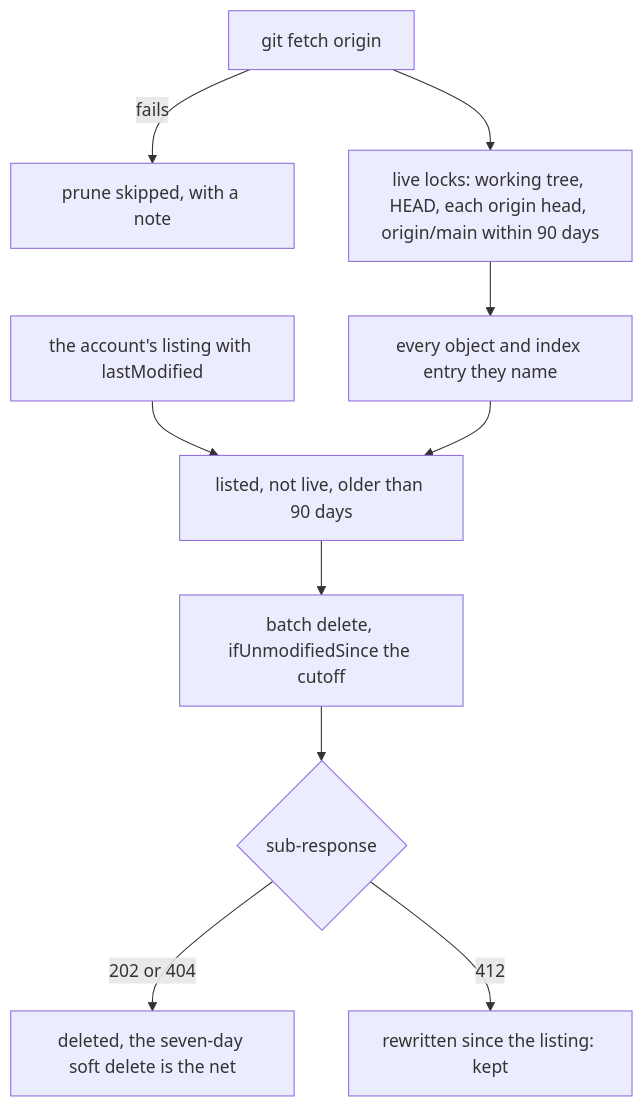
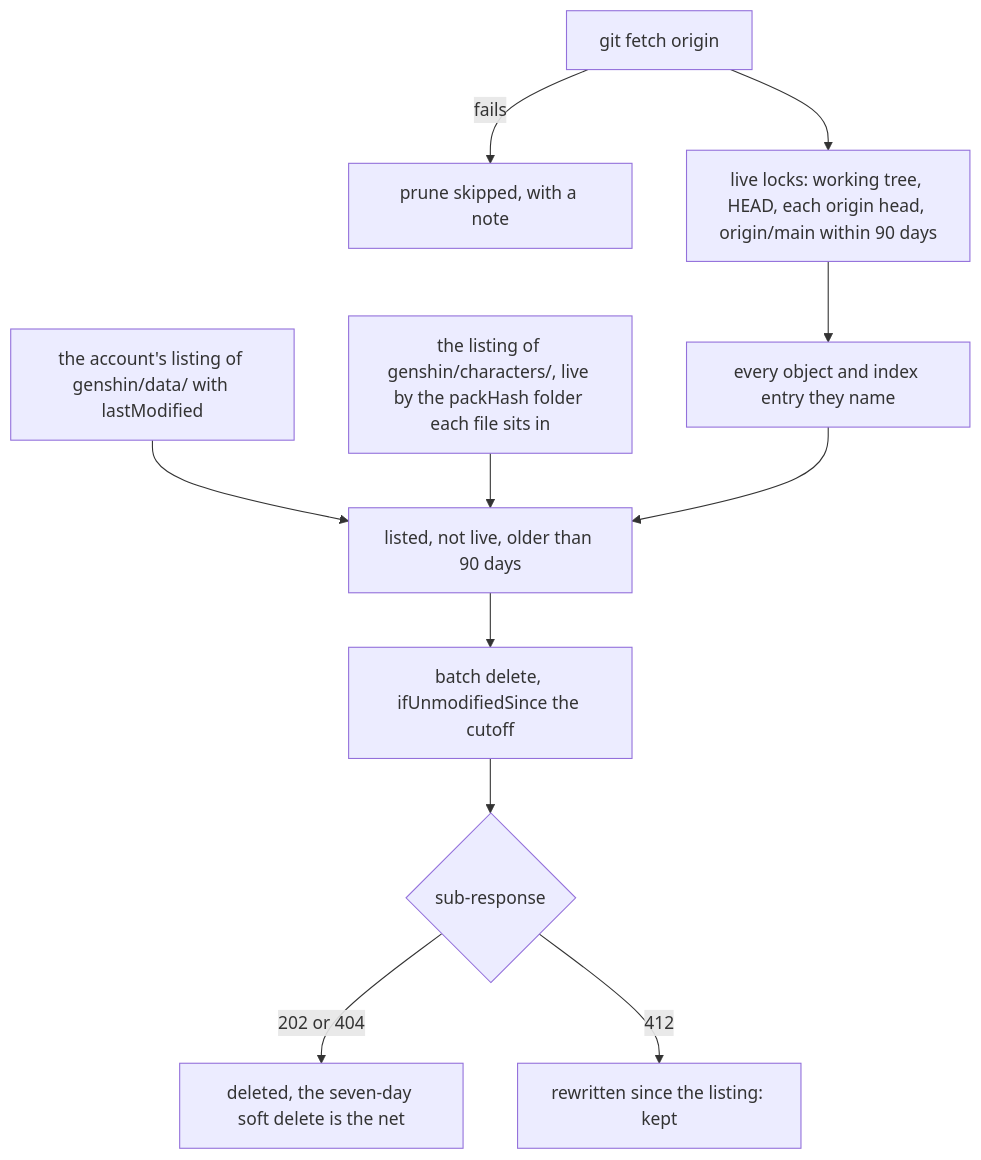
Before and after one commit to Esposter/Esposter: the third of 4 diagrams in apps/web/content/docs/genshin/hosted-game-data.md, drawn with Mermaid. The commit also changed other lines of this file and 52 other files, not shown here.

First line of the commit message:
feat(scripts): genshin:characters publish stores each official pack create-only under its content hash in both accounts, then its record and the lock

````diff
--- a/apps/web/content/docs/genshin/hosted-game-data.md
+++ b/apps/web/content/docs/genshin/hosted-game-data.md
@@ -52,12 +54,13 @@
 ```mermaid
 flowchart TD
   Fetch["git fetch origin"] -->|fails| Skipped["prune skipped, with a note"]
   Fetch --> Locks["live locks: working tree, HEAD, each origin head, origin/main within 90 days"]
   Locks --> Live["every object and index entry they name"]
-  Listing["the account's listing with lastModified"] --> Candidates["listed, not live, older than 90 days"]
+  Listing["the account's listing of genshin/data/ with lastModified"] --> Candidates["listed, not live, older than 90 days"]
+  Packs["the listing of genshin/characters/, live by the packHash folder each file sits in"] --> Candidates
   Live --> Candidates
   Candidates --> Delete["batch delete, ifUnmodifiedSince the cutoff"]
   Delete --> Outcome{"sub-response"}
   Outcome -->|"202 or 404"| Gone["deleted, the seven-day soft delete is the net"]
   Outcome -->|412| Kept["rewritten since the listing: kept"]
 ```
````
